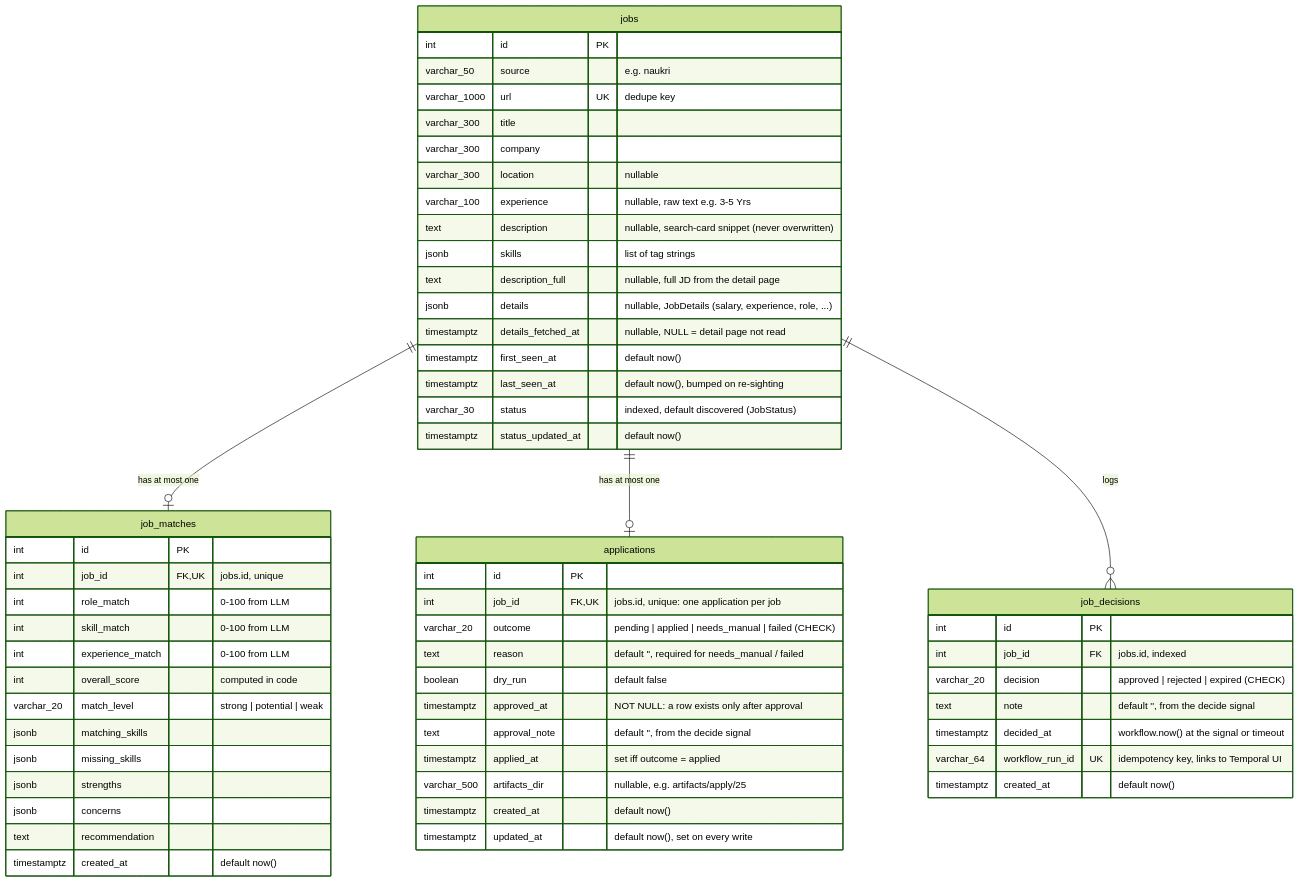
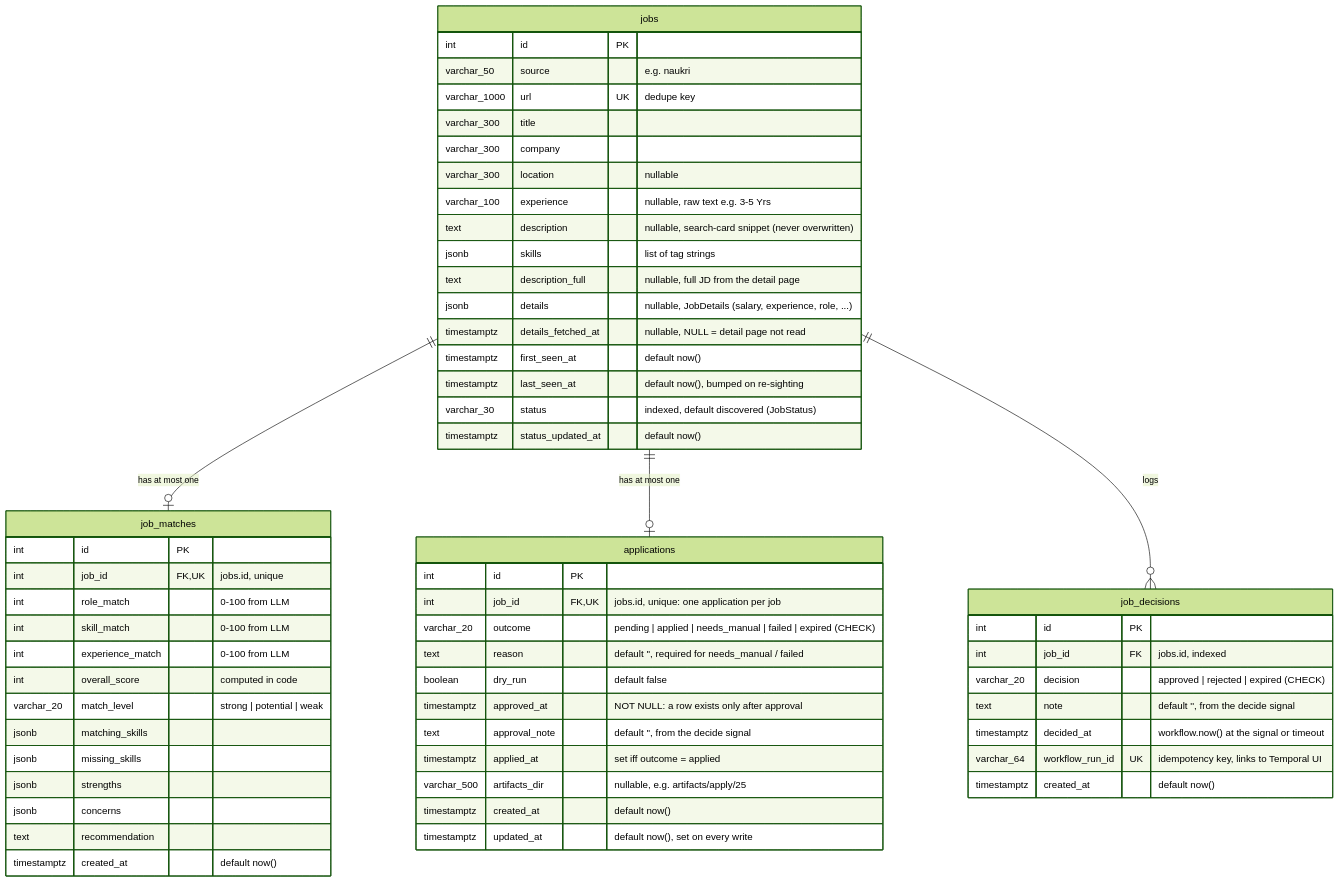
The first of 2 diagrams in docs/04-data-model.md (dhiraj849/Job_assistent), drawn with Mermaid (forest theme) before and after one commit. The commit also changed other lines of this file and 2 other files, not shown here.

Commit message:
docs: document expired application outcome and mark issue #15 fixed

````diff
--- a/docs/04-data-model.md
+++ b/docs/04-data-model.md
@@ -13,61 +14,61 @@
 ```mermaid
 erDiagram
     jobs ||--o| job_matches : "has at most one"
     jobs ||--o| applications : "has at most one"
     jobs ||--o{ job_decisions : "logs"
     jobs {
         int id PK
         varchar_50 source "e.g. naukri"
         varchar_1000 url UK "dedupe key"
         varchar_300 title
         varchar_300 company
         varchar_300 location "nullable"
         varchar_100 experience "nullable, raw text e.g. 3-5 Yrs"
         text description "nullable, search-card snippet (never overwritten)"
         jsonb skills "list of tag strings"
         text description_full "nullable, full JD from the detail page"
         jsonb details "nullable, JobDetails (salary, experience, role, ...)"
         timestamptz details_fetched_at "nullable, NULL = detail page not read"
         timestamptz first_seen_at "default now()"
         timestamptz last_seen_at "default now(), bumped on re-sighting"
         varchar_30 status "indexed, default discovered (JobStatus)"
         timestamptz status_updated_at "default now()"
     }
     job_matches {
         int id PK
         int job_id FK, UK "jobs.id, unique"
         int role_match "0-100 from LLM"
         int skill_match "0-100 from LLM"
         int experience_match "0-100 from LLM"
         int overall_score "computed in code"
         varchar_20 match_level "strong | potential | weak"
         jsonb matching_skills
         jsonb missing_skills
         jsonb strengths
         jsonb concerns
         text recommendation
         timestamptz created_at "default now()"
     }
     applications {
         int id PK
         int job_id FK, UK "jobs.id, unique: one application per job"
-        varchar_20 outcome "pending | applied | needs_manual | failed (CHECK)"
+        varchar_20 outcome "pending | applied | needs_manual | failed | expired (CHECK)"
         text reason "default '', required for needs_manual / failed"
         boolean dry_run "default false"
         timestamptz approved_at "NOT NULL: a row exists only after approval"
         text approval_note "default '', from the decide signal"
         timestamptz applied_at "set iff outcome = applied"
         varchar_500 artifacts_dir "nullable, e.g. artifacts/apply/25"
         timestamptz created_at "default now()"
         timestamptz updated_at "default now(), set on every write"
     }
     job_decisions {
         int id PK
         int job_id FK "jobs.id, indexed"
         varchar_20 decision "approved | rejected | expired (CHECK)"
         text note "default '', from the decide signal"
         timestamptz decided_at "workflow.now() at the signal or timeout"
         varchar_64 workflow_run_id UK "idempotency key, links to Temporal UI"
         timestamptz created_at "default now()"
     }
 ```
````
